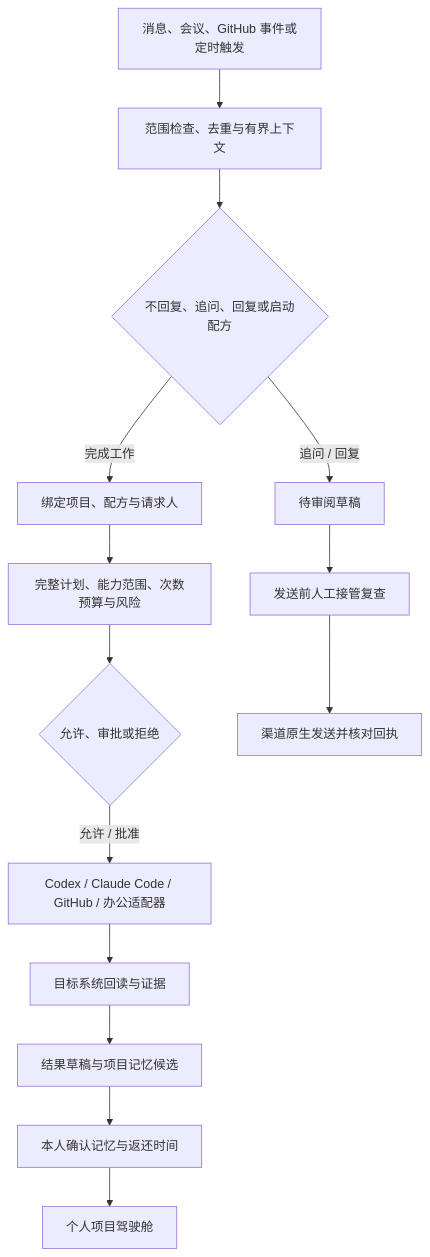
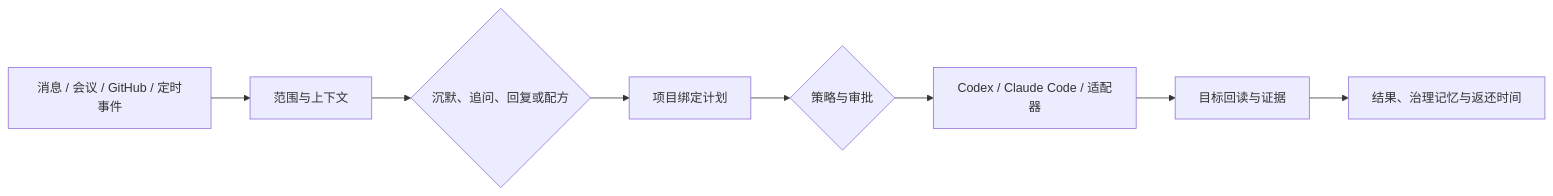
Before and after one commit to ruiwang20010702/ai-employee: the diagram in README_ZH.md, drawn with Mermaid. The commit also changed other lines of this file and 13 other files, not shown here.

````diff
--- a/README_ZH.md
+++ b/README_ZH.md
@@ -54,16 +41,10 @@
 ```mermaid
-flowchart TD
-    A["消息、会议、GitHub 事件或定时触发"] --> B["范围检查、去重与有界上下文"]
-    B --> C{"不回复、追问、回复或启动配方"}
-    C -->|"追问 / 回复"| D["待审阅草稿"]
-    C -->|"完成工作"| E["绑定项目、配方与请求人"]
-    E --> F["完整计划、能力范围、次数预算与风险"]
-    F --> G{"允许、审批或拒绝"}
-    G -->|"允许 / 批准"| H["Codex / Claude Code / GitHub / 办公适配器"]
-    H --> I["目标系统回读与证据"]
-    I --> J["结果草稿与项目记忆候选"]
-    J --> K["本人确认记忆与返还时间"]
-    D --> L["发送前人工接管复查"]
-    L --> M["渠道原生发送并核对回执"]
-    K --> N["个人项目驾驶舱"]
+flowchart LR
+    A["消息 / 会议 / GitHub / 定时事件"] --> B["范围与上下文"]
+    B --> C{"沉默、追问、回复或配方"}
+    C --> D["项目绑定计划"]
+    D --> E{"策略与审批"}
+    E --> F["Codex / Claude Code / 适配器"]
+    F --> G["目标回读与证据"]
+    G --> H["结果、治理记忆与返还时间"]
 ```
````
